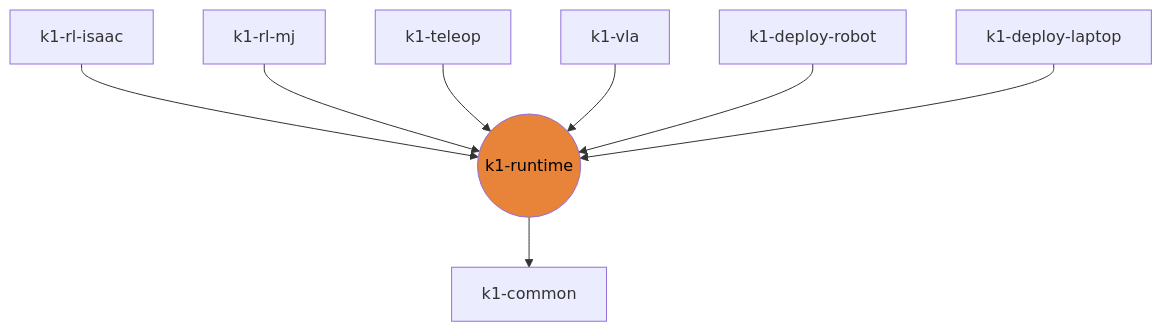
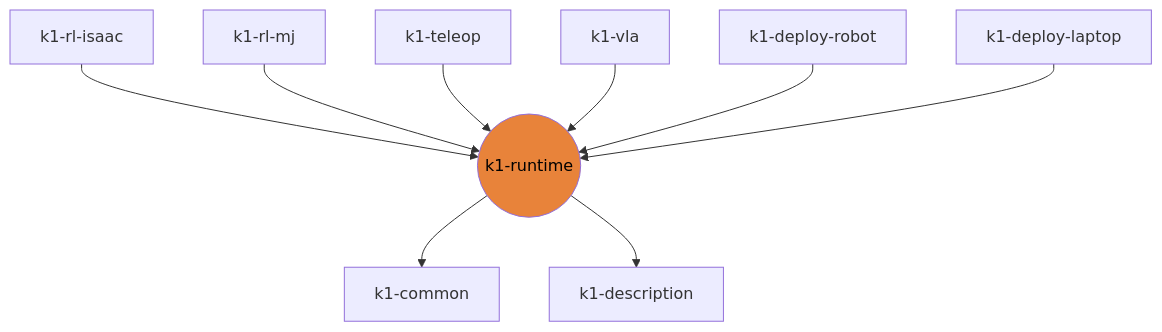
Before and after one commit to thdhyan/k1-runtime: the diagram in README.md, drawn with Mermaid. The commit also changed other lines of this file and 2 other files, not shown here.

````diff
--- a/README.md
+++ b/README.md
@@ -14,19 +14,21 @@
 ```mermaid
 flowchart TB
   k1_common[k1-common]
+  k1_description[k1-description]
   k1_rl_isaac[k1-rl-isaac]
   k1_rl_mj[k1-rl-mj]
   k1_teleop[k1-teleop]
   k1_vla[k1-vla]
   k1_deploy_robot[k1-deploy-robot]
   k1_deploy_laptop[k1-deploy-laptop]
   k1_runtime((k1-runtime))
   style k1_runtime fill:#e8833a,color:#000
   k1_rl_isaac --> k1_runtime
   k1_rl_mj --> k1_runtime
   k1_teleop --> k1_runtime
   k1_vla --> k1_runtime
   k1_deploy_robot --> k1_runtime
   k1_deploy_laptop --> k1_runtime
   k1_runtime --> k1_common
+  k1_runtime --> k1_description
 ```
````
